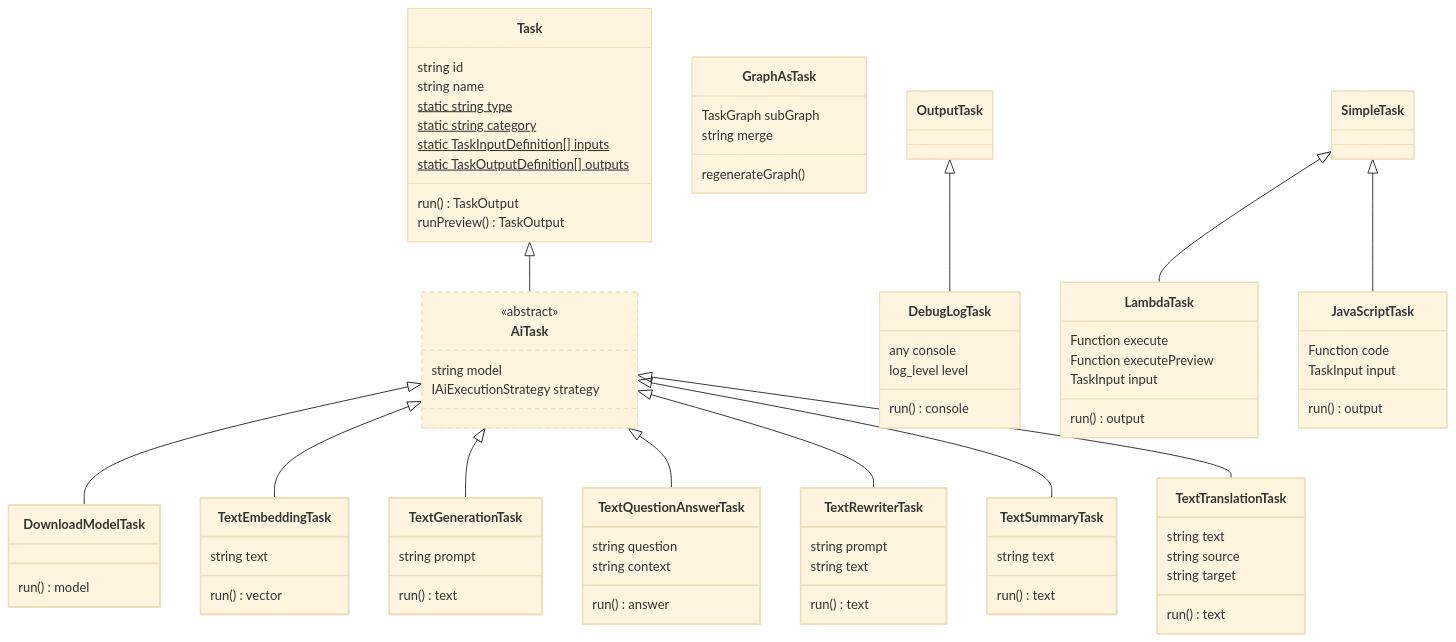
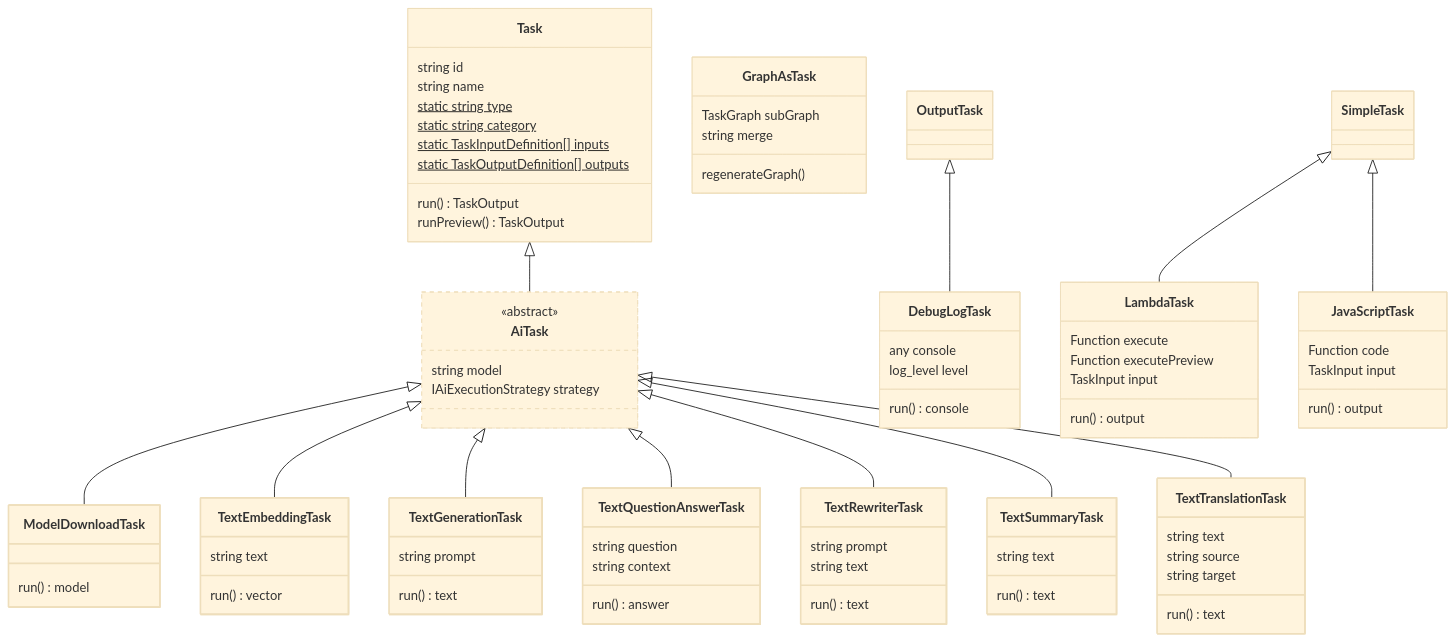
Before and after one commit to sroussey/ellmers: the second of 5 diagrams in docs/developers/02_architecture.md, drawn with Mermaid (base theme). The commit also changed other lines of this file and 263 other files, not shown here.

```diff
--- a/docs/developers/02_architecture.md
+++ b/docs/developers/02_architecture.md
@@ -134,11 +134,11 @@
     style AiTask type:abstract,stroke-dasharray: 5 5
 
 
-  class DownloadModelTask{
+  class ModelDownloadTask{
     run() model
   }
-  AiTask <|-- DownloadModelTask
-  style DownloadModelTask type:model,stroke-width:2px
+  AiTask <|-- ModelDownloadTask
+  style ModelDownloadTask type:model,stroke-width:2px
 
   class TextEmbeddingTask{
     string text
```
